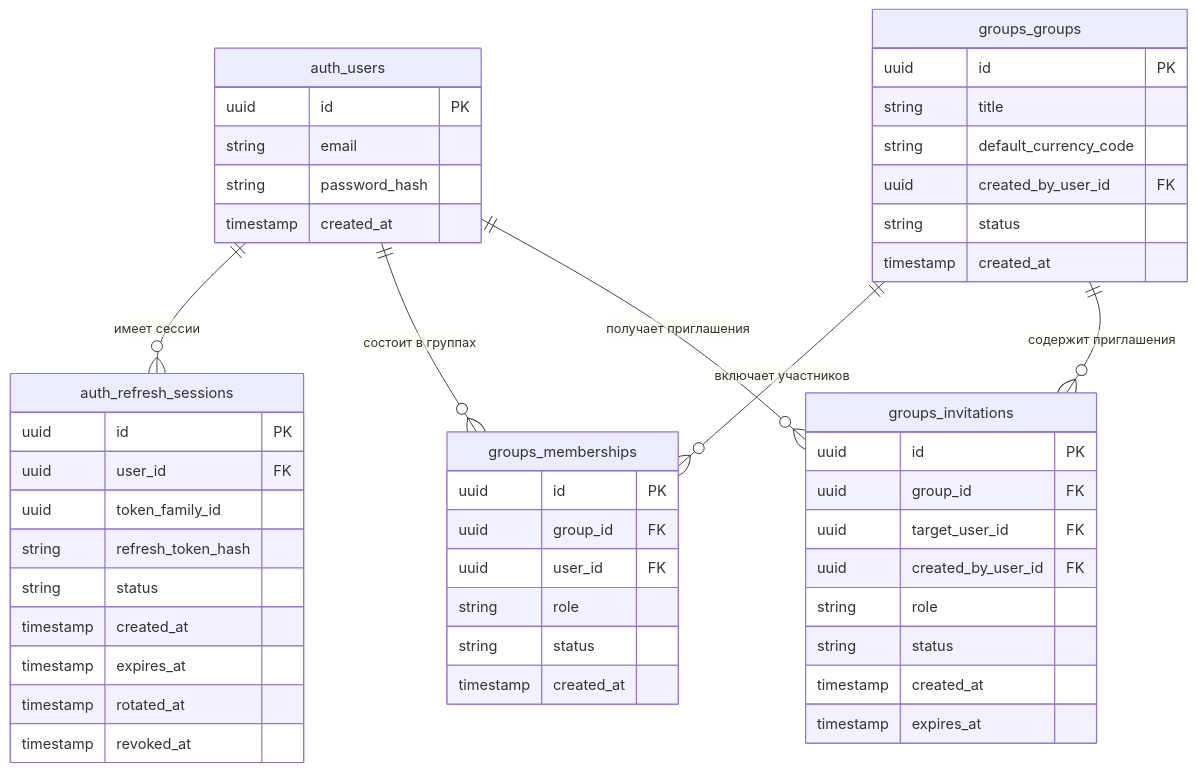
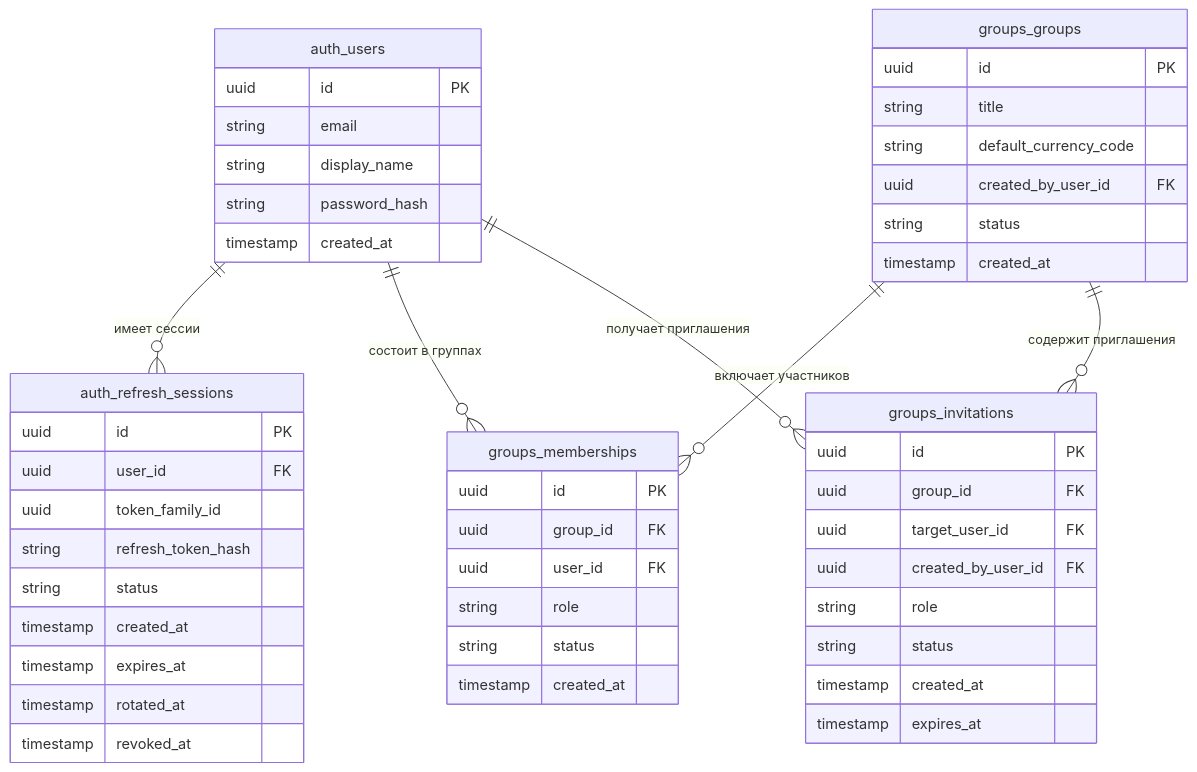
One commit to Vertenz/vkr-text changed the first of 2 diagrams in 1_5_проектирование_бд.md. Above: the diagram before and after it, drawn with Mermaid. The commit also changed other lines of this file and 5 other files, not shown here.

````diff
--- a/1_5_проектирование_бд.md
+++ b/1_5_проектирование_бд.md
@@ -124,60 +132,61 @@
 ```mermaid
 erDiagram
     %% ── Схема auth ──────────────────────────────────────
     auth_users {
         uuid id PK
         string email
+        string display_name
         string password_hash
         timestamp created_at
     }
     auth_refresh_sessions {
         uuid id PK
         uuid user_id FK
         uuid token_family_id
         string refresh_token_hash
         string status
         timestamp created_at
         timestamp expires_at
         timestamp rotated_at
         timestamp revoked_at
     }
 
     %% ── Схема groups ─────────────────────────────────────
     groups_groups {
         uuid id PK
         string title
         string default_currency_code
         uuid created_by_user_id FK
         string status
         timestamp created_at
     }
     groups_memberships {
         uuid id PK
         uuid group_id FK
         uuid user_id FK
         string role
         string status
         timestamp created_at
     }
     groups_invitations {
         uuid id PK
         uuid group_id FK
         uuid target_user_id FK
         uuid created_by_user_id FK
         string role
         string status
         timestamp created_at
         timestamp expires_at
     }
 
     %% ── Связи auth ───────────────────────────────────────
     auth_users ||--o{ auth_refresh_sessions : "имеет сессии"
 
     %% ── Связи groups (внутренние) ────────────────────────
     groups_groups ||--o{ groups_memberships : "включает участников"
     groups_groups ||--o{ groups_invitations : "содержит приглашения"
 
     %% ── Межсхемные связи auth → groups ──────────────────
     auth_users ||--o{ groups_memberships : "состоит в группах"
     auth_users ||--o{ groups_invitations : "получает приглашения"
 ```
````
